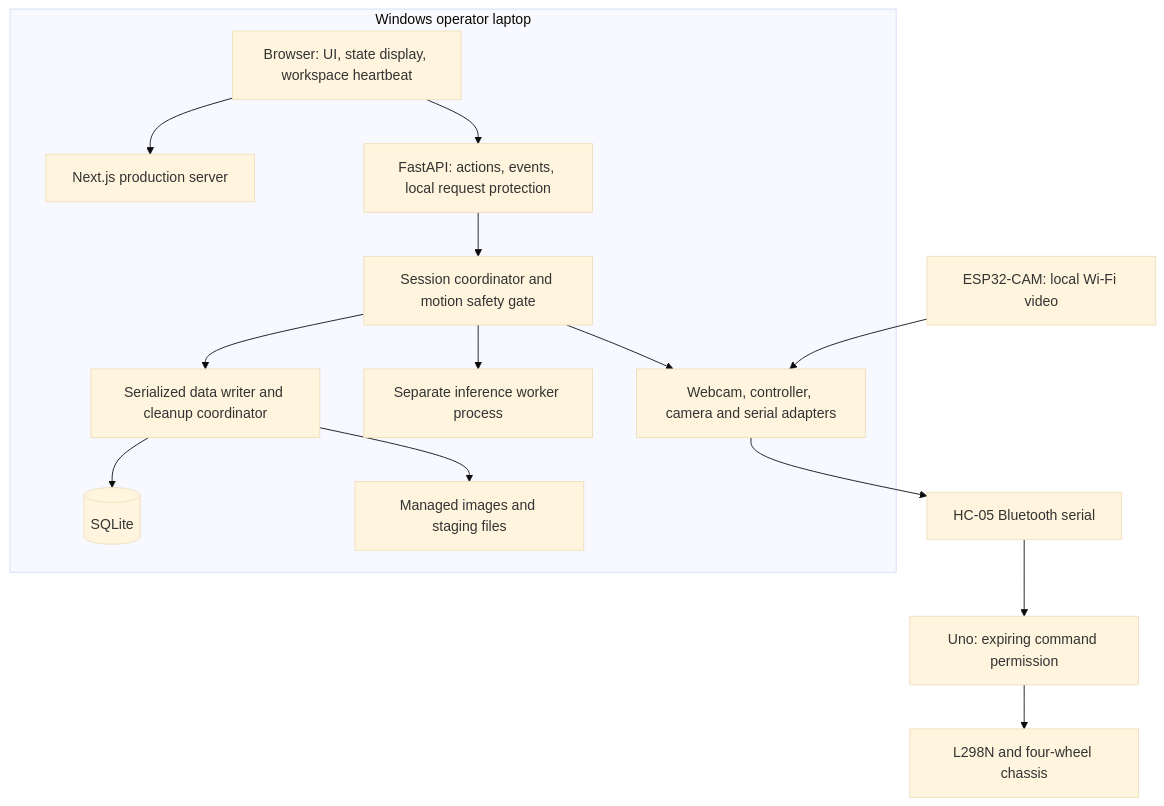
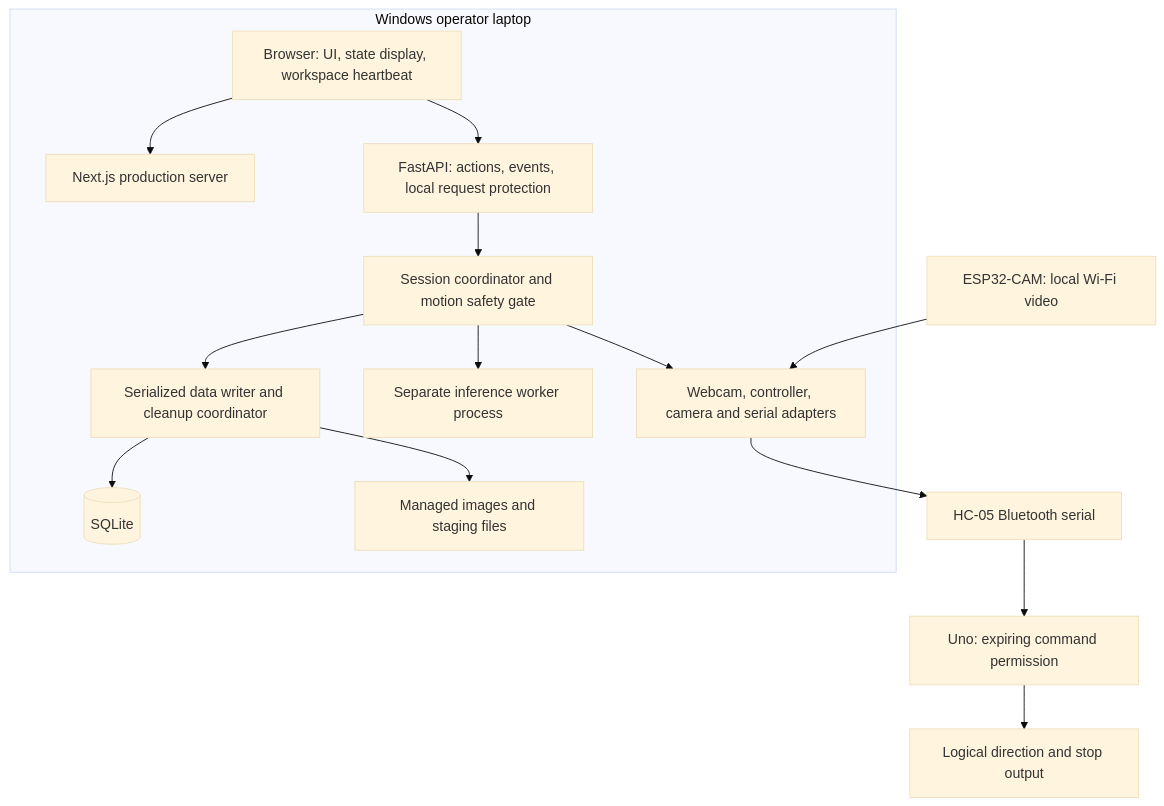
The first of 2 diagrams in docs/TRD.md (alisameh05/Lost-Found_Robotic_Car), drawn with Mermaid (base theme) before and after one commit. The commit also changed other lines of this file and 3 other files, not shown here.

````diff
--- a/docs/TRD.md
+++ b/docs/TRD.md
@@ -55,26 +55,26 @@
 ```mermaid
 flowchart TB
     subgraph Laptop[Windows operator laptop]
         Browser[Browser: UI, state display, workspace heartbeat]
         Node[Next.js production server]
         API[FastAPI: actions, events, local request protection]
         Coordinator[Session coordinator and motion safety gate]
         Data[Serialized data writer and cleanup coordinator]
         DB[(SQLite)]
         Files[Managed images and staging files]
         Vision[Separate inference worker process]
         Devices[Webcam, controller, camera and serial adapters]
         Browser --> Node
         Browser --> API
         API --> Coordinator
         Coordinator --> Data
         Data --> DB
         Data --> Files
         Coordinator --> Vision
         Coordinator --> Devices
     end
     Cam[ESP32-CAM: local Wi-Fi video] --> Devices
     Devices --> HC[HC-05 Bluetooth serial]
     HC --> Uno[Uno: expiring command permission]
-    Uno --> Driver[L298N and four-wheel chassis]
+    Uno --> Output[Logical direction and stop output]
 ```
````
